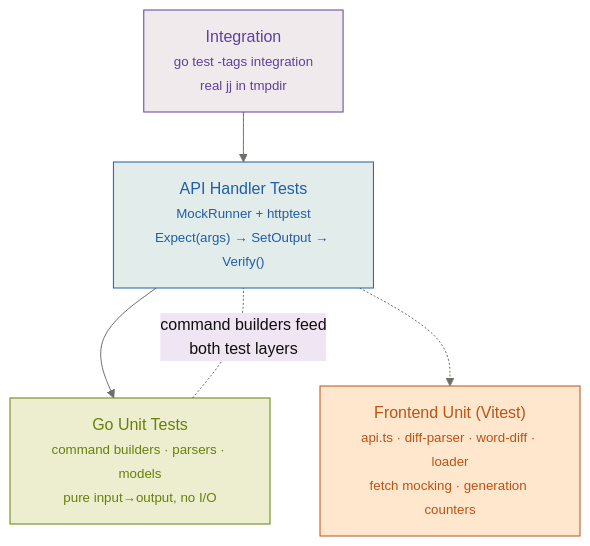
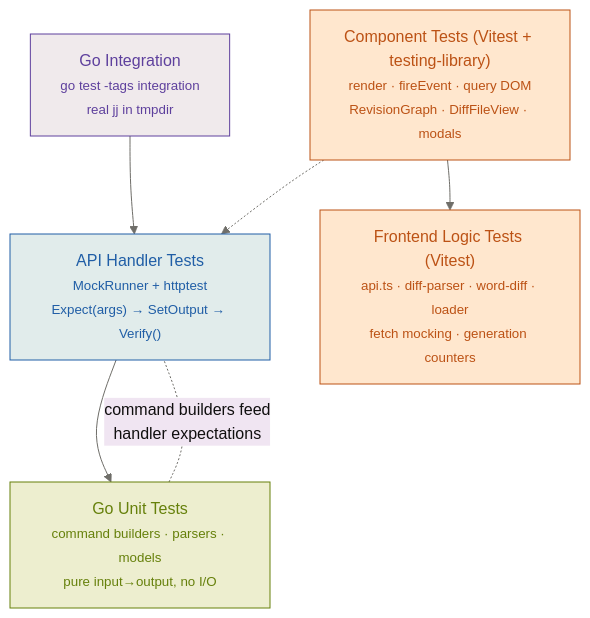
One commit to chronologos/lightjj changed the third of 5 diagrams in docs/ARCHITECTURE.md. Above: the diagram before and after it, drawn with Mermaid. The commit also changed other lines of this file and 15 other files, not shown here.

````diff
--- a/docs/ARCHITECTURE.md
+++ b/docs/ARCHITECTURE.md
@@ -221,25 +221,27 @@
 ```mermaid
 %%{init: {'theme': 'base', 'themeVariables': {
   'primaryColor':'#F2F0E5',
   'primaryTextColor':'#100F0F',
   'primaryBorderColor':'#6F6E69',
   'lineColor':'#6F6E69',
   'textColor':'#100F0F'
 }}}%%
 flowchart TD
     classDef green fill:#EDEECF,stroke:#66800B,color:#66800B
     classDef blue fill:#E1ECEB,stroke:#205EA6,color:#205EA6
     classDef orange fill:#FFE7CE,stroke:#BC5215,color:#BC5215
     classDef purple fill:#F0EAEC,stroke:#5E409D,color:#5E409D
 
-    integ["Integration<br/><small>go test -tags integration<br/>real jj in tmpdir</small>"]:::purple
+    integ["Go Integration<br/><small>go test -tags integration<br/>real jj in tmpdir</small>"]:::purple
     handlers["API Handler Tests<br/><small>MockRunner + httptest<br/>Expect(args) → SetOutput → Verify()</small>"]:::blue
     gounit["Go Unit Tests<br/><small>command builders · parsers · models<br/>pure input→output, no I/O</small>"]:::green
-    feunit["Frontend Unit (Vitest)<br/><small>api.ts · diff-parser · word-diff · loader<br/>fetch mocking · generation counters</small>"]:::orange
+    fedom["Component Tests (Vitest + testing-library)<br/><small>render · fireEvent · query DOM<br/>RevisionGraph · DiffFileView · modals</small>"]:::orange
+    felogic["Frontend Logic Tests (Vitest)<br/><small>api.ts · diff-parser · word-diff · loader<br/>fetch mocking · generation counters</small>"]:::orange
 
     integ --> handlers
     handlers --> gounit
-    handlers -.-> feunit
+    fedom --> felogic
+    fedom -.-> handlers
 
-    gounit -.- |"command builders feed<br/>both test layers"| handlers
+    gounit -.- |"command builders feed<br/>handler expectations"| handlers
 ```
````
